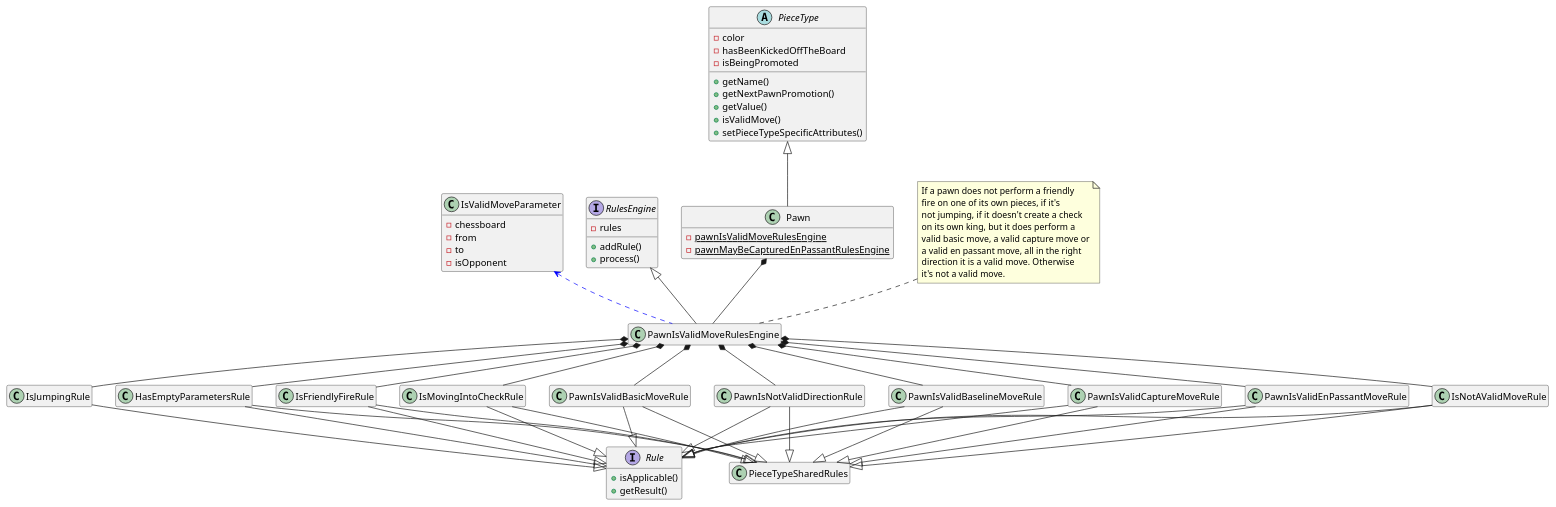
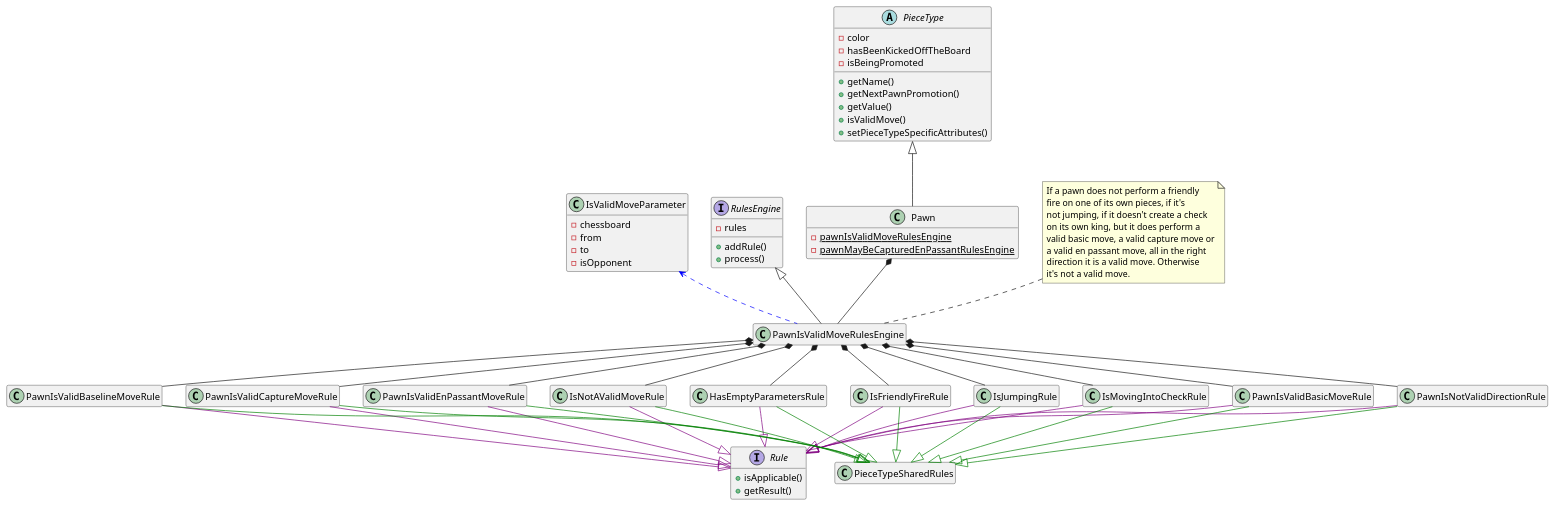
Before and after one commit to tiktaalick/chess-with-database: the diagram in game/src/main/resources/uml/pawnIsValidMove.puml, drawn with PlantUML. The commit also changed 5 other files, not shown here.

Commit message:
Added colors to the class diagrams.

```diff
--- a/game/src/main/resources/uml/pawnIsValidMove.puml
+++ b/game/src/main/resources/uml/pawnIsValidMove.puml
@@ -1,99 +1,100 @@
 @startuml
 
 '--------------'
 'Hidden members'
 '--------------'
 hide empty members
 
 '----'
 'Move'
 '----'
 abstract class PieceType {
     - color
     - hasBeenKickedOffTheBoard
     - isBeingPromoted
     + getName()
     + getNextPawnPromotion()
     + getValue()
     + isValidMove()
     + setPieceTypeSpecificAttributes()
 }
 
 class Pawn {
     - {static} pawnIsValidMoveRulesEngine
     - {static} pawnMayBeCapturedEnPassantRulesEngine
 }
 
 class IsValidMoveParameter {
     - chessboard
     - from
     - to
     - isOpponent
 }
 
 interface RulesEngine {
     - rules
     + addRule()
     + process()
 }
 
 interface Rule {
     + isApplicable()
     + getResult()
 }
 
 '---------'
 'Relations'
 '---------'
 PieceType <|-- Pawn
 Pawn *-- PawnIsValidMoveRulesEngine
 PawnIsValidMoveRulesEngine -up-|> RulesEngine
 PawnIsValidMoveRulesEngine .up[#blue].> IsValidMoveParameter
 
 HasEmptyParametersRule -up-* PawnIsValidMoveRulesEngine
 IsFriendlyFireRule -up-* PawnIsValidMoveRulesEngine
 IsJumpingRule -up-* PawnIsValidMoveRulesEngine
 IsMovingIntoCheckRule -up-* PawnIsValidMoveRulesEngine
 PawnIsValidBasicMoveRule -up-* PawnIsValidMoveRulesEngine
 PawnIsNotValidDirectionRule -up-* PawnIsValidMoveRulesEngine
 PawnIsValidBaselineMoveRule -up-* PawnIsValidMoveRulesEngine
 PawnIsValidCaptureMoveRule -up-* PawnIsValidMoveRulesEngine
 PawnIsValidEnPassantMoveRule -up-* PawnIsValidMoveRulesEngine
 IsNotAValidMoveRule -up-* PawnIsValidMoveRulesEngine
 
-HasEmptyParametersRule -down-|> Rule
-IsFriendlyFireRule -down-|> Rule
-IsJumpingRule -down-|> Rule
-IsMovingIntoCheckRule -down-|> Rule
-PawnIsValidBasicMoveRule -down-|> Rule
-PawnIsNotValidDirectionRule -down-|> Rule
-PawnIsValidBaselineMoveRule -down-|> Rule
-PawnIsValidCaptureMoveRule -down-|> Rule
-PawnIsValidEnPassantMoveRule -down-|> Rule
-IsNotAValidMoveRule -down-|> Rule
+HasEmptyParametersRule -down[#purple]-|> Rule
+IsFriendlyFireRule -down[#purple]-|> Rule
+IsJumpingRule -down[#purple]-|> Rule
+IsMovingIntoCheckRule -down[#purple]-|> Rule
+PawnIsValidBasicMoveRule -down[#purple]-|> Rule
+PawnIsNotValidDirectionRule -down[#purple]-|> Rule
+PawnIsValidBaselineMoveRule -down[#purple]-|> Rule
+PawnIsValidCaptureMoveRule -down[#purple]-|> Rule
+PawnIsValidEnPassantMoveRule -down[#purple]-|> Rule
+IsNotAValidMoveRule -down[#purple]-|> Rule
 
-HasEmptyParametersRule -down-|> PieceTypeSharedRules
-IsFriendlyFireRule -down-|> PieceTypeSharedRules
-IsMovingIntoCheckRule -down-|> PieceTypeSharedRules
-PawnIsValidBasicMoveRule -down-|> PieceTypeSharedRules
-PawnIsNotValidDirectionRule -down-|> PieceTypeSharedRules
-PawnIsValidBaselineMoveRule -down-|> PieceTypeSharedRules
-PawnIsValidCaptureMoveRule -down-|> PieceTypeSharedRules
-PawnIsValidEnPassantMoveRule -down-|> PieceTypeSharedRules
-IsNotAValidMoveRule -down-|> PieceTypeSharedRules
+HasEmptyParametersRule -down[#green]-|> PieceTypeSharedRules
+IsFriendlyFireRule -down[#green]-|> PieceTypeSharedRules
+IsJumpingRule -down[#green]-|> PieceTypeSharedRules
+IsMovingIntoCheckRule -down[#green]-|> PieceTypeSharedRules
+PawnIsValidBasicMoveRule -down[#green]-|> PieceTypeSharedRules
+PawnIsNotValidDirectionRule -down[#green]-|> PieceTypeSharedRules
+PawnIsValidBaselineMoveRule -down[#green]-|> PieceTypeSharedRules
+PawnIsValidCaptureMoveRule -down[#green]-|> PieceTypeSharedRules
+PawnIsValidEnPassantMoveRule -down[#green]-|> PieceTypeSharedRules
+IsNotAValidMoveRule -down[#green]-|> PieceTypeSharedRules
 
 '-----'
 'Notes'
 '-----'
 note top of PawnIsValidMoveRulesEngine {
     If a pawn does not perform a friendly
     fire on one of its own pieces, if it's
     not jumping, if it doesn't create a check
     on its own king, but it does perform a
     valid basic move, a valid capture move or
     a valid en passant move, all in the right
     direction it is a valid move. Otherwise
     it's not a valid move.
 }
 
 @enduml
```
